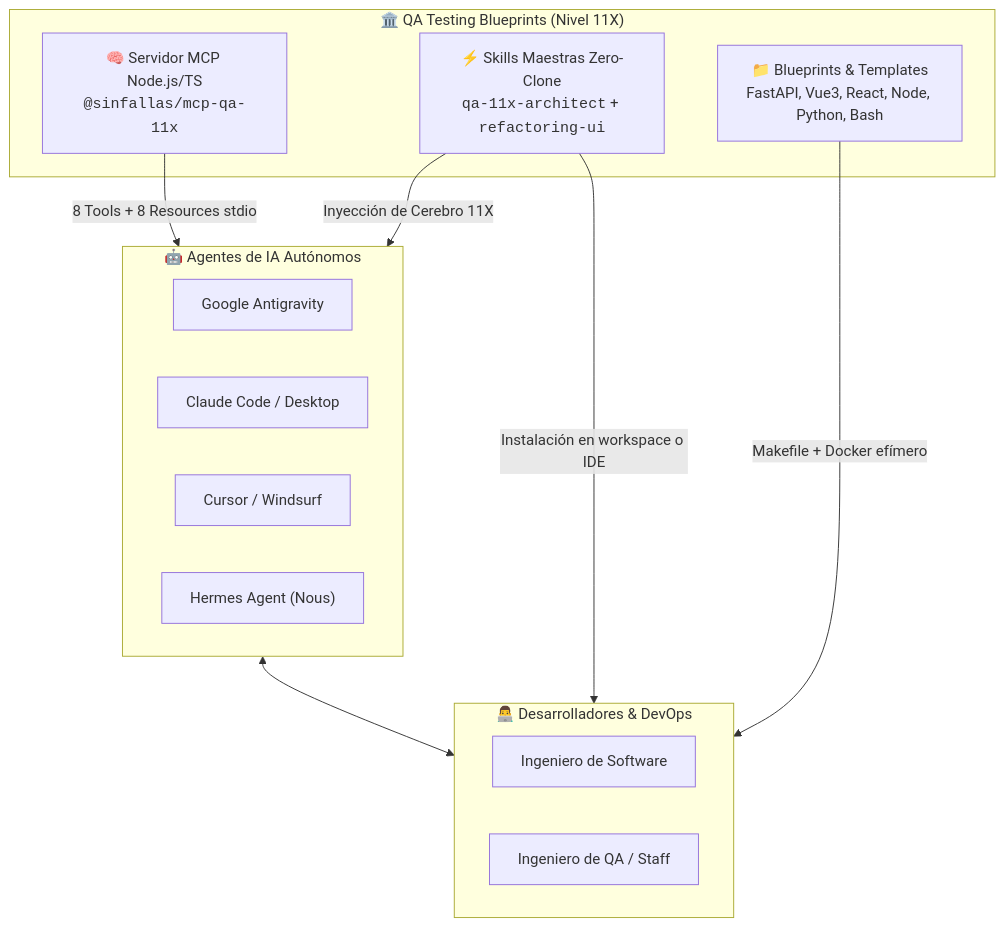
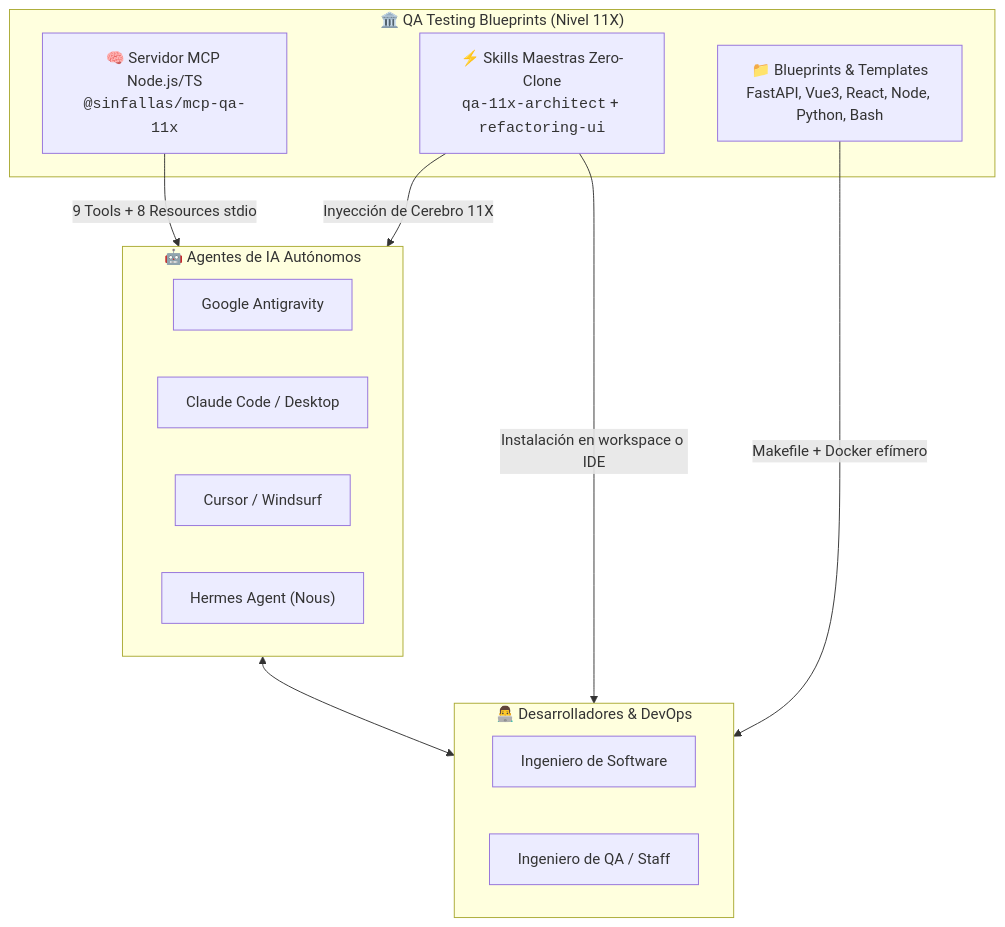
The diagram in README.md (tecno-consultores/qa-testing-blueprints), drawn with Mermaid before and after one commit. The commit also changed other lines of this file and 12 other files, not shown here.

````diff
--- a/README.md
+++ b/README.md
@@ -86,26 +86,26 @@
 ```mermaid
 flowchart TD
     subgraph Ecosistema["🏛️ QA Testing Blueprints (Nivel 11X)"]
         MCP["🧠 Servidor MCP Node.js/TS<br><code>@sinfallas/mcp-qa-11x</code>"]
         Skills["⚡ Skills Maestras Zero-Clone<br><code>qa-11x-architect</code> + <code>refactoring-ui</code>"]
         Blueprints["📁 Blueprints & Templates<br>FastAPI, Vue3, React, Node, Python, Bash"]
     end
 
     subgraph ConsumidoresIA["🤖 Agentes de IA Autónomos"]
         AGY["Google Antigravity"]
         Claude["Claude Code / Desktop"]
         Cursor["Cursor / Windsurf"]
         Hermes["Hermes Agent (Nous)"]
     end
 
     subgraph ConsumidoresHumanos["👨‍💻 Desarrolladores & DevOps"]
         Dev["Ingeniero de Software"]
         QAEng["Ingeniero de QA / Staff"]
     end
 
-    MCP -- "8 Tools + 8 Resources stdio" --> ConsumidoresIA
+    MCP -- "9 Tools + 8 Resources stdio" --> ConsumidoresIA
     Skills -- "Inyección de Cerebro 11X" --> ConsumidoresIA
     Skills -- "Instalación en workspace o IDE" --> ConsumidoresHumanos
     Blueprints -- "Makefile + Docker efímero" --> ConsumidoresHumanos
     ConsumidoresIA <--> ConsumidoresHumanos
 ```
````
